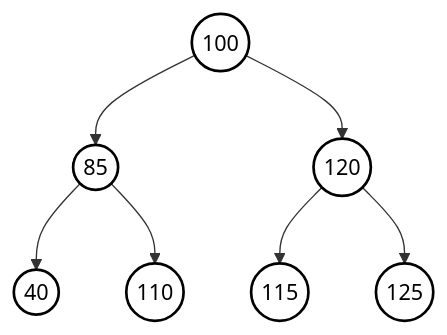
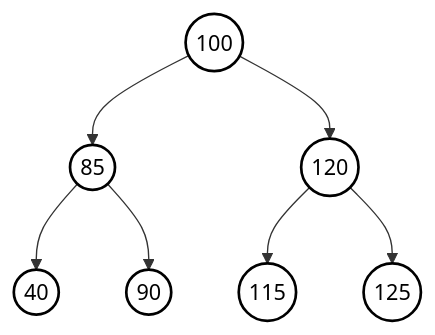
Before and after one commit to ChenZhongPu/data-structure-swufe: the diagram in slides-web/week10.md, drawn with Mermaid. The commit also changed other lines of this file and 17 other files, not shown here.

````diff
--- a/slides-web/week10.md
+++ b/slides-web/week10.md
@@ -36,25 +36,25 @@
 ```mermaid
 graph TD
     100(("100"))
     85(("85"))
     60(("120"))
     40(("40"))
-    45(("110"))
+    45(("90"))
     30(("115"))
     25(("125"))
 
     100 --> 85
     100 --> 60
     85 --> 40
     85 --> 45
     60 --> 30
     60 --> 25
 
     style 100 fill:#fff,stroke:#000,stroke-width:2px,color:#000
     style 85 fill:#fff,stroke:#000,stroke-width:2px,color:#000
     style 60 fill:#fff,stroke:#000,stroke-width:2px,color:#000
     style 40 fill:#fff,stroke:#000,stroke-width:2px,color:#000
     style 45 fill:#fff,stroke:#000,stroke-width:2px,color:#000
     style 30 fill:#fff,stroke:#000,stroke-width:2px,color:#000
     style 25 fill:#fff,stroke:#000,stroke-width:2px,color:#000
 ```
````
